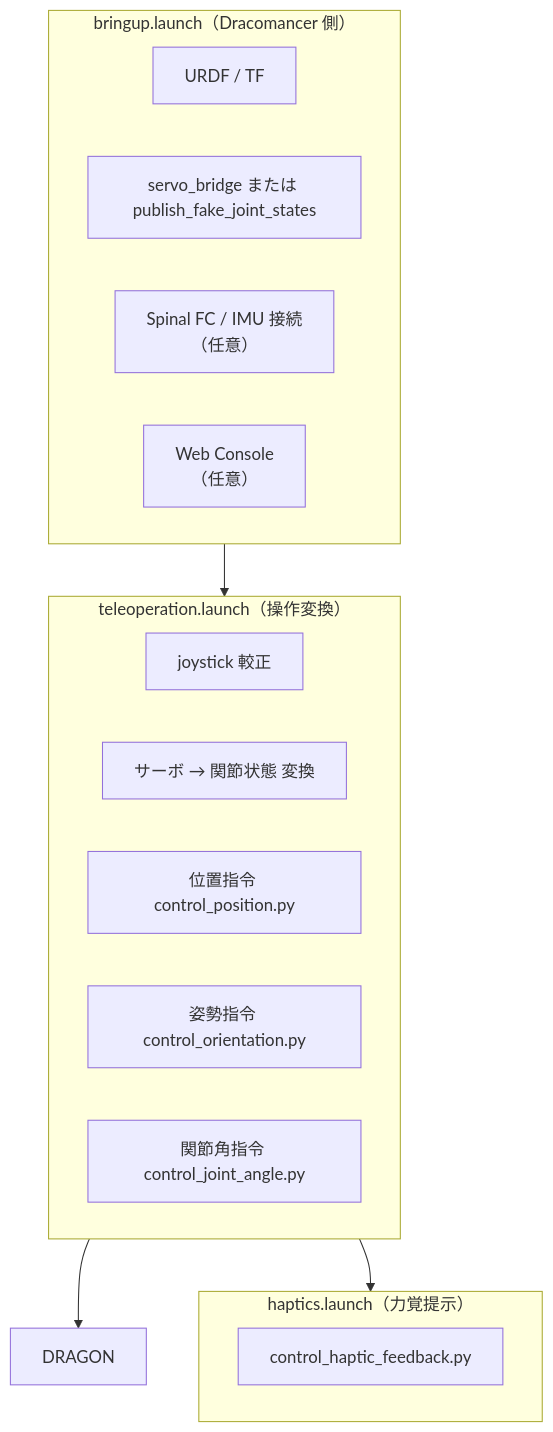
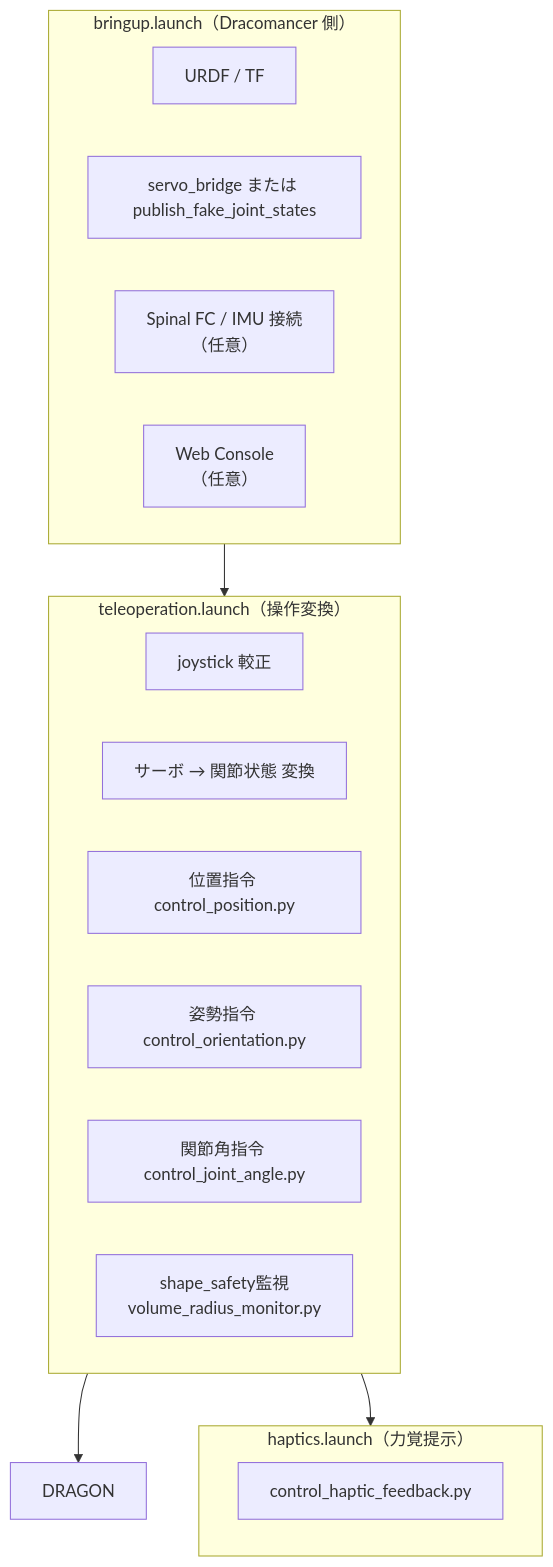
Before and after one commit to Tomoya-Oku/jsk_aerial_robot: the first of 6 diagrams in robots/dracomancer/README.md, drawn with Mermaid. The commit also changed other lines of this file and 4 other files, not shown here.

````diff
--- a/robots/dracomancer/README.md
+++ b/robots/dracomancer/README.md
@@ -12,22 +12,23 @@
 ```mermaid
 flowchart TB
     subgraph BU["bringup.launch（Dracomancer 側）"]
         URDF["URDF / TF"]
         SB["servo_bridge または publish_fake_joint_states"]
         FC["Spinal FC / IMU 接続<br/>（任意）"]
         WEB["Web Console<br/>（任意）"]
     end
     subgraph TO["teleoperation.launch（操作変換）"]
         CALIB["joystick 較正"]
         S2J["サーボ → 関節状態 変換"]
         CP["位置指令 control_position.py"]
         AC["姿勢指令 control_orientation.py"]
         CJ["関節角指令 control_joint_angle.py"]
+        SM["shape_safety監視<br/>volume_radius_monitor.py"]
     end
     subgraph HP["haptics.launch（力覚提示）"]
         HF["control_haptic_feedback.py"]
     end
     BU --> TO
     TO --> DRAGON["DRAGON"]
     TO --> HP
 ```
````
